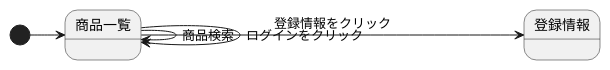
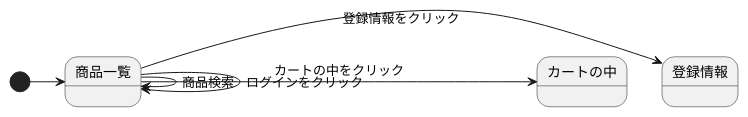
One commit to Aso2001195/2021sys-design changed the diagram in kadai7.md. Above: the diagram before and after it, drawn with PlantUML.

````diff
--- a/kadai7.md
+++ b/kadai7.md
@@ -1,8 +1,9 @@
 ```uml
 @startuml
 [*] -> 商品一覧
 商品一覧 -> 商品一覧 :商品検索
 商品一覧 -> 商品一覧 :ログインをクリック
-商品一覧 -> 登録情報: 登録情報をクリック
+商品一覧 -> 登録情報 :登録情報をクリック
+商品一覧 -> カートの中 :カートの中をクリック
 @enduml
 ```
````
